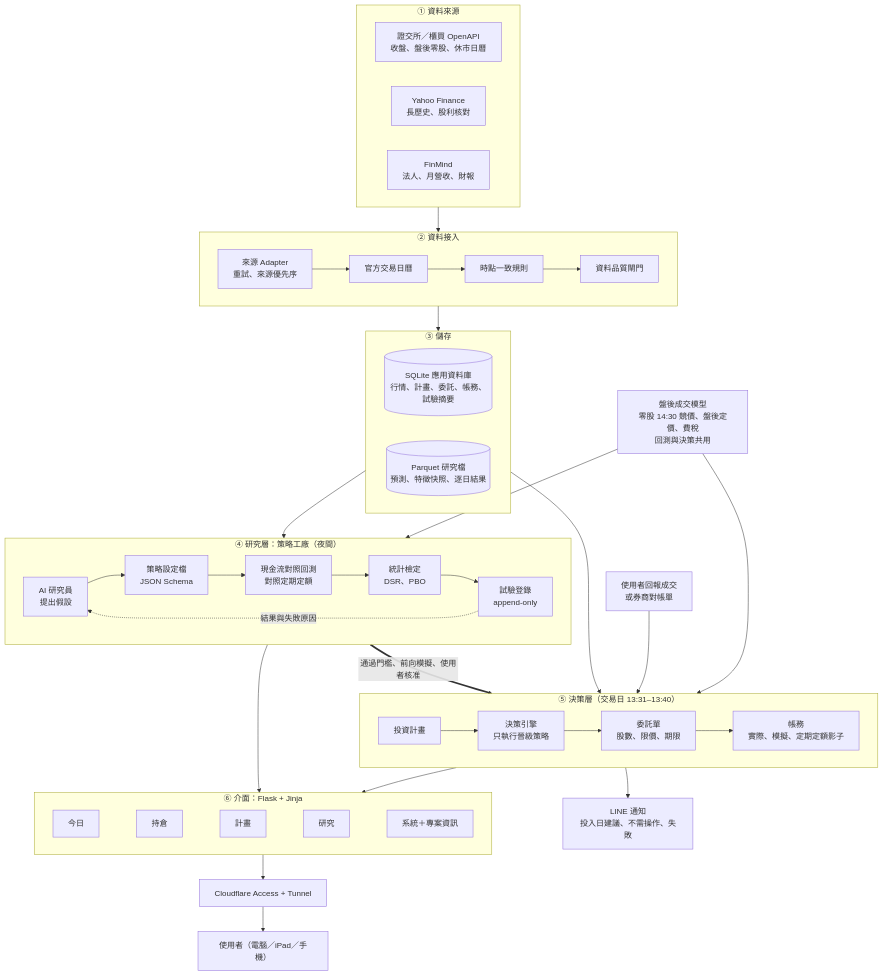
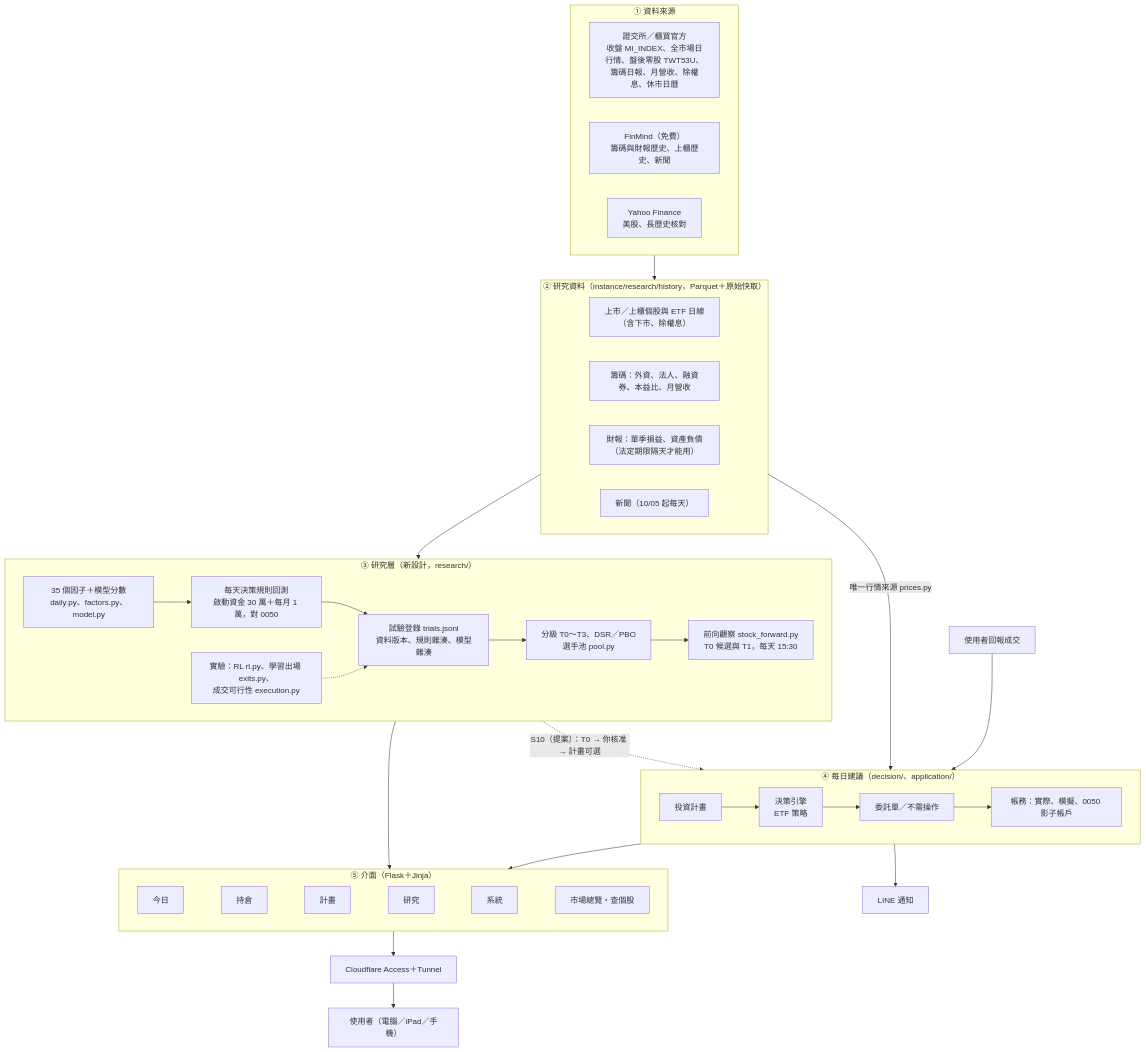
One commit to ryan73093/StockResearch changed the first of 7 diagrams in docs/system_architecture.md. Above: the diagram before and after it, drawn with Mermaid. The commit also changed other lines of this file and 16 other files, not shown here.

First line of the commit message:
Research page on the new design; market entry; architecture rewritten

````diff
--- a/docs/system_architecture.md
+++ b/docs/system_architecture.md
@@ -32,55 +42,46 @@
 ```mermaid
 flowchart TB
     subgraph SRC["① 資料來源"]
       direction LR
-      TWSE["證交所／櫃買 OpenAPI<br/>收盤、盤後零股、休市日曆"]
-      YAHOO["Yahoo Finance<br/>長歷史、股利核對"]
-      FINMIND["FinMind<br/>法人、月營收、財報"]
+      TWSE["證交所／櫃買官方<br/>收盤 MI_INDEX、全市場日行情、盤後零股 TWT53U、<br/>籌碼日報、月營收、除權息、休市日曆"]
+      FINMIND["FinMind（免費）<br/>籌碼與財報歷史、上櫃歷史、新聞"]
+      YAHOO["Yahoo Finance<br/>美股、長歷史核對"]
     end
 
-    subgraph INGEST["② 資料接入"]
+    subgraph DATA["② 研究資料（instance/research/history，Parquet＋原始快取）"]
       direction LR
-      ADAPT["來源 Adapter<br/>重試、來源優先序"] --> CAL["官方交易日曆"] --> PIT["時點一致規則"] --> GATE["資料品質閘門"]
+      PRICES["上市／上櫃個股與 ETF 日線<br/>（含下市、除權息）"]
+      CHIPS["籌碼：外資、法人、融資券、本益比、月營收"]
+      FUND["財報：單季損益、資產負債（法定期限隔天才能用）"]
+      NEWS["新聞（10/05 起每天）"]
     end
 
-    subgraph STORE["③ 儲存"]
+    subgraph RES["③ 研究層（新設計，research/）"]
       direction LR
-      APPDB[("SQLite 應用資料庫<br/>行情、計畫、委託、帳務、試驗摘要")]
-      PARQ[("Parquet 研究檔<br/>預測、特徵快照、逐日結果")]
+      FACT["35 個因子＋模型分數<br/>daily.py、factors.py、model.py"] --> RULES["每天決策規則回測<br/>啟動資金 30 萬＋每月 1 萬，對 0050"]
+      RULES --> REG["試驗登錄 trials.jsonl<br/>資料版本、規則雜湊、模型雜湊"]
+      REG --> TIER["分級 T0～T3、DSR／PBO<br/>選手池 pool.py"]
+      TIER --> FWD["前向觀察 stock_forward.py<br/>T0 候選與 T1，每天 15:30"]
+      LAB["實驗：RL rl.py、學習出場 exits.py、<br/>成交可行性 execution.py"] -.-> REG
     end
 
-    subgraph RESEARCH["④ 研究層：策略工廠（夜間）"]
+    subgraph DEC["④ 每日建議（decision/、application/）"]
       direction LR
-      AGENT["AI 研究員<br/>提出假設"] --> SPEC["策略設定檔<br/>JSON Schema"] --> BT["現金流對照回測<br/>對照定期定額"] --> STATS["統計檢定<br/>DSR、PBO"] --> TRIAL["試驗登錄<br/>append-only"]
-      TRIAL -.結果與失敗原因.-> AGENT
+      PLAN["投資計畫"] --> ENGINE["決策引擎<br/>ETF 策略"] --> TICKET["委託單／不需操作"] --> LEDGER["帳務：實際、模擬、0050 影子帳戶"]
     end
 
-    EXEC["盤後成交模型<br/>零股 14:30 競價、盤後定價、費稅<br/>回測與決策共用"]
-
-    subgraph DECIDE["⑤ 決策層（交易日 13:31–13:40）"]
+    subgraph WEB["⑤ 介面（Flask＋Jinja）"]
       direction LR
-      PLAN["投資計畫"] --> ENGINE["決策引擎<br/>只執行晉級策略"] --> TICKET["委託單<br/>股數、限價、期限"] --> LEDGER["帳務<br/>實際、模擬、定期定額影子"]
+      TODAY["今日"] ~~~ HOLD["持倉"] ~~~ PLANPG["計畫"] ~~~ LABPG["研究"] ~~~ SYS["系統"] ~~~ MKT["市場總覽・查個股"]
     end
 
-    subgraph WEB["⑥ 介面：Flask + Jinja"]
-      direction LR
-      TODAY["今日"] ~~~ HOLD["持倉"] ~~~ PLANPG["計畫"] ~~~ LAB["研究"] ~~~ SYS["系統＋專案資訊"]
-    end
-
-    FILL["使用者回報成交<br/>或券商對帳單"]
-    NOTIFY["LINE 通知<br/>投入日建議、不需操作、失敗"]
-    CF["Cloudflare Access + Tunnel"]
-    PHONE["使用者（電腦／iPad／手機）"]
-
-    SRC --> INGEST --> STORE
-    STORE --> RESEARCH
-    STORE --> DECIDE
-    EXEC --> BT
-    EXEC --> ENGINE
-    TRIAL ==>|通過門檻、前向模擬、使用者核准| ENGINE
-    FILL --> LEDGER
-    TICKET --> NOTIFY
-    DECIDE --> WEB
-    RESEARCH --> WEB
-    WEB --> CF --> PHONE
+    SRC --> DATA
+    DATA --> RES
+    DATA -->|唯一行情來源 prices.py| DEC
+    FWD -.->|S10（提案）：T0 → 你核准 → 計畫可選| PLAN
+    DEC --> WEB
+    RES --> WEB
+    WEB --> CF["Cloudflare Access＋Tunnel"] --> USER["使用者（電腦／iPad／手機）"]
+    FILL["使用者回報成交"] --> LEDGER
+    TICKET --> LINE["LINE 通知"]
 ```
````
